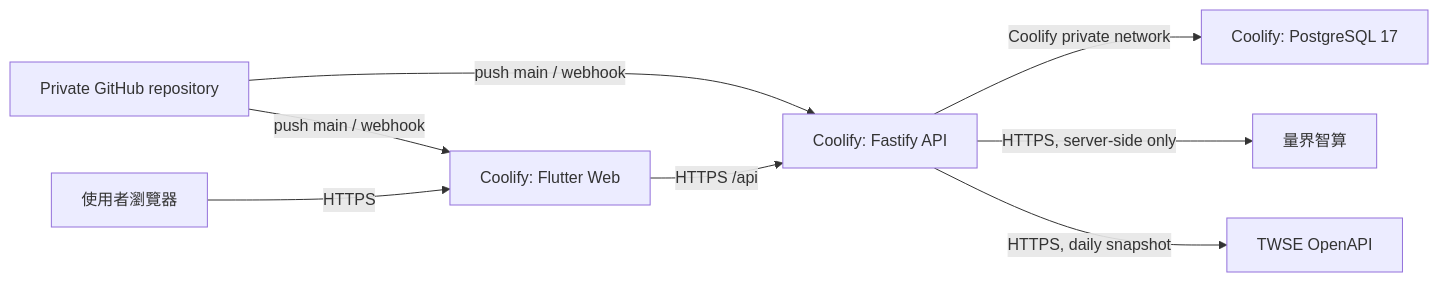
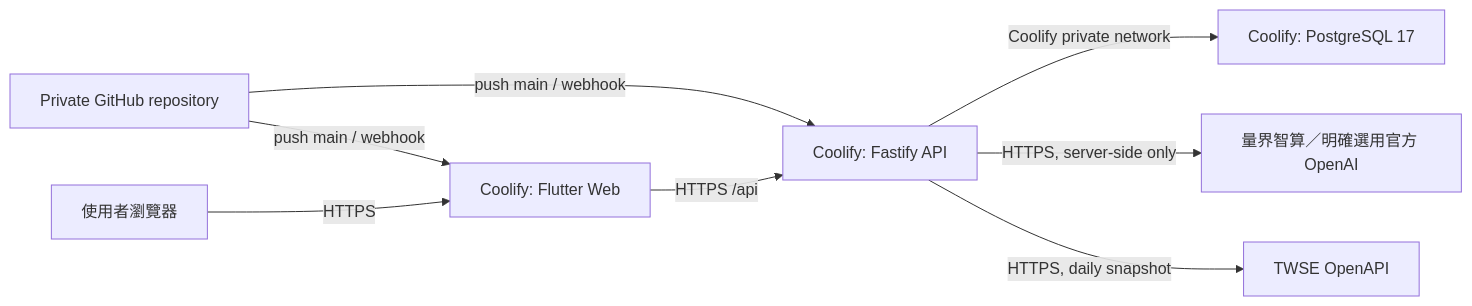
Before and after one commit to Sutdents-Project-Hub/FutureMint_AI: the diagram in README.md, drawn with Mermaid. The commit also changed other lines of this file and 119 other files, not shown here.

````diff
--- a/README.md
+++ b/README.md
@@ -51,10 +51,10 @@
 ```mermaid
 flowchart LR
     G["Private GitHub repository"] -->|"push main / webhook"| W["Coolify: Flutter Web"]
     G -->|"push main / webhook"| A["Coolify: Fastify API"]
     U["使用者瀏覽器"] -->|"HTTPS"| W
     W -->|"HTTPS /api"| A
     A -->|"Coolify private network"| P["Coolify: PostgreSQL 17"]
-    A -->|"HTTPS, server-side only"| L["量界智算"]
+    A -->|"HTTPS, server-side only"| L["量界智算／明確選用官方 OpenAI"]
     A -->|"HTTPS, daily snapshot"| T["TWSE OpenAPI"]
 ```
````
